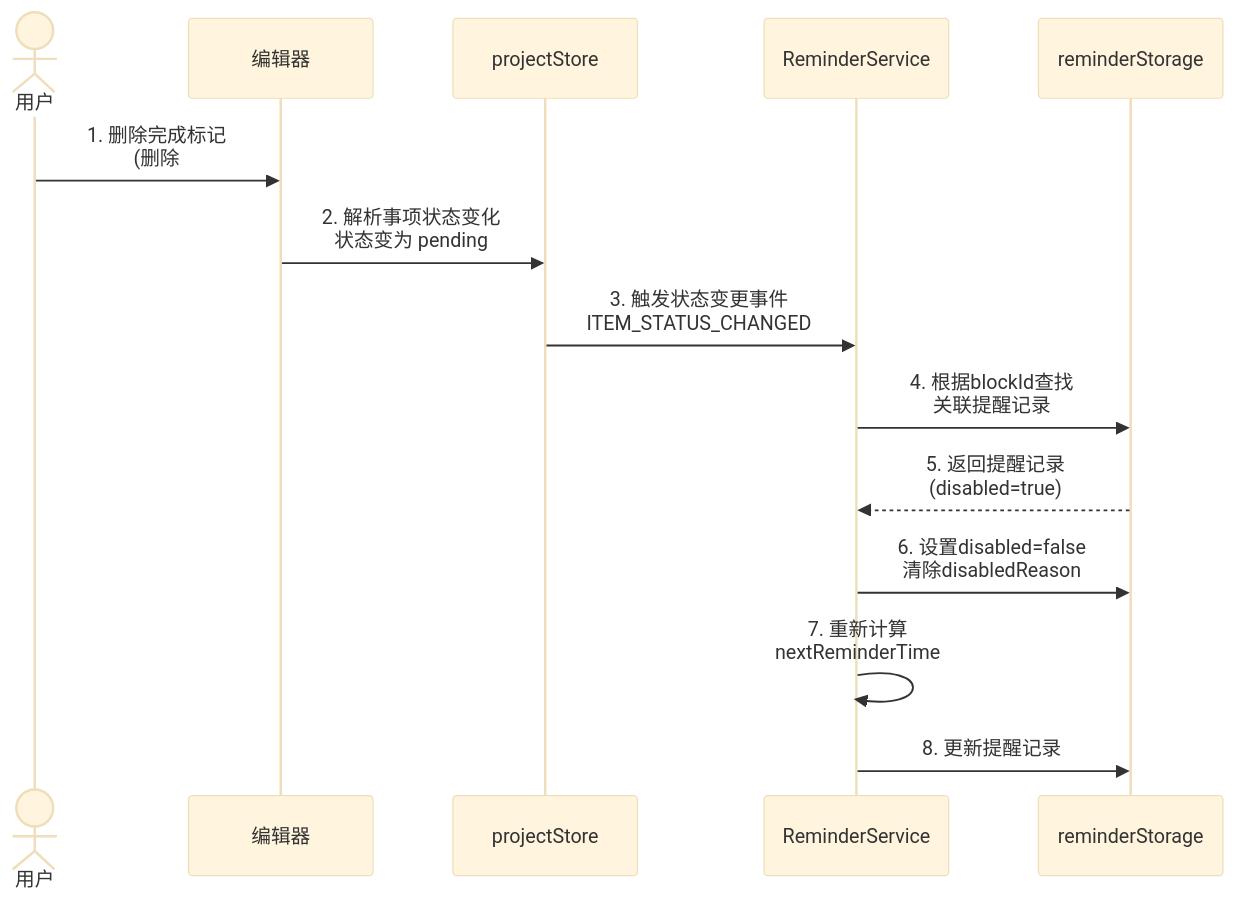
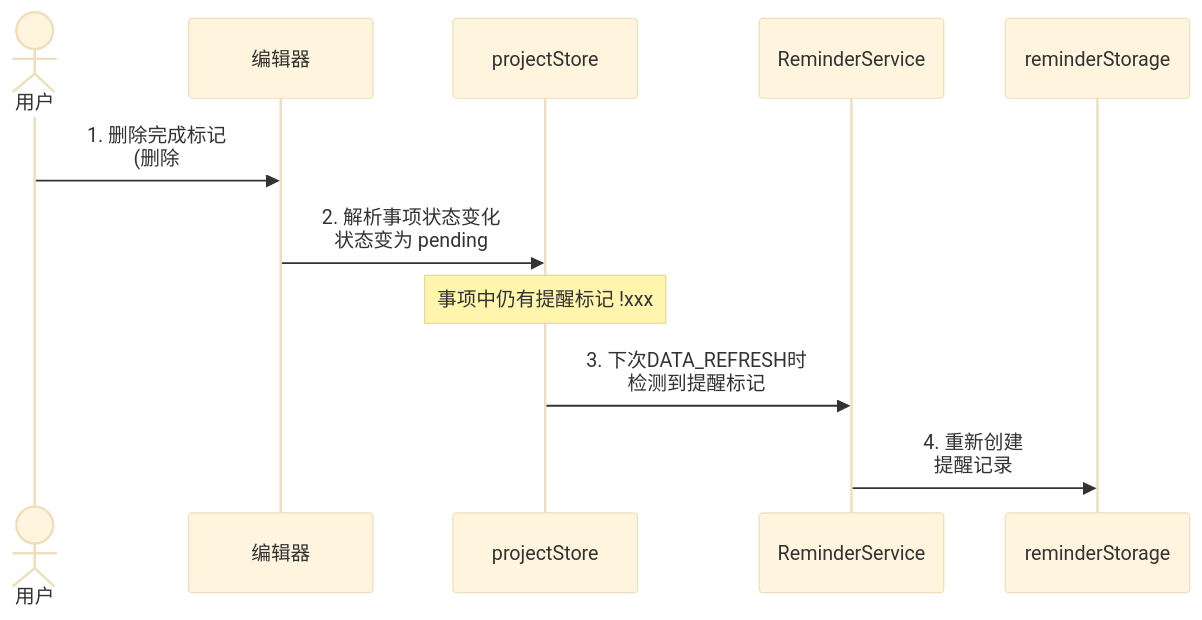
The fourth of 7 diagrams in docs/prd/reminder.md (MoonBottle/siyuan-plugin-bullet-journal), drawn with Mermaid (base theme) before and after one commit. The commit also changed other lines of this file and 2 other files, not shown here.

````diff
--- a/docs/prd/reminder.md
+++ b/docs/prd/reminder.md
@@ -201,17 +200,14 @@
 ```mermaid
 sequenceDiagram
     actor U as 用户
     participant E as 编辑器
     participant PS as projectStore
     participant RS as ReminderService
     participant ST as reminderStorage
 
     U->>E: 1. 删除完成标记<br/>(删除#已完成)
     E->>PS: 2. 解析事项状态变化<br/>状态变为 pending
-    PS->>RS: 3. 触发状态变更事件<br/>ITEM_STATUS_CHANGED
-    RS->>ST: 4. 根据blockId查找<br/>关联提醒记录
-    ST-->>RS: 5. 返回提醒记录<br/>(disabled=true)
-    RS->>ST: 6. 设置disabled=false<br/>清除disabledReason
-    RS->>RS: 7. 重新计算<br/>nextReminderTime
-    RS->>ST: 8. 更新提醒记录
+    Note over PS: 事项中仍有提醒标记 !xxx
+    PS->>RS: 3. 下次DATA_REFRESH时<br/>检测到提醒标记
+    RS->>ST: 4. 重新创建<br/>提醒记录
 ```
````
